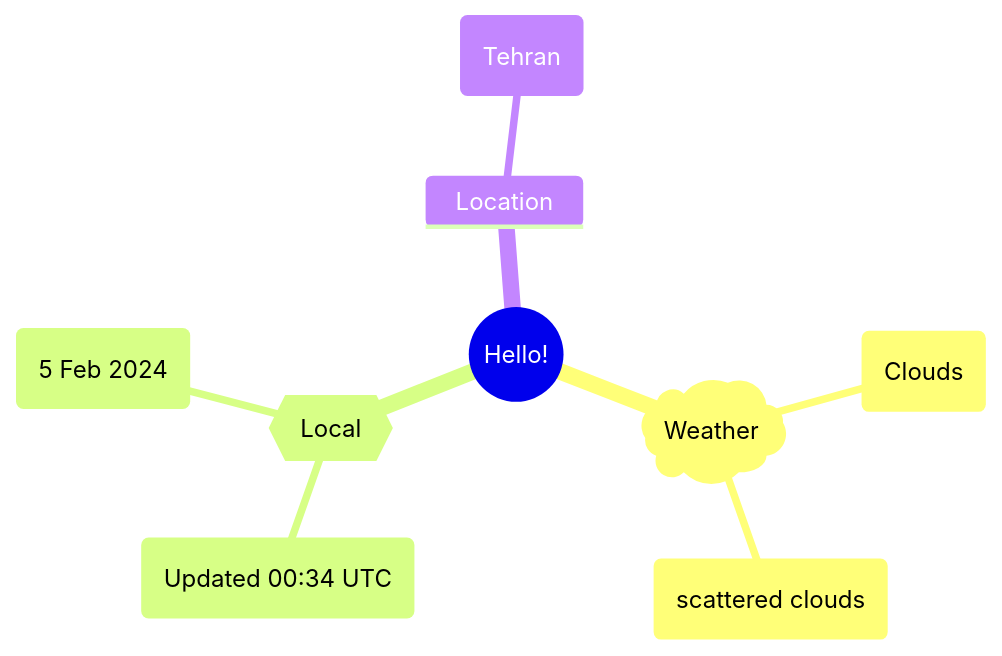
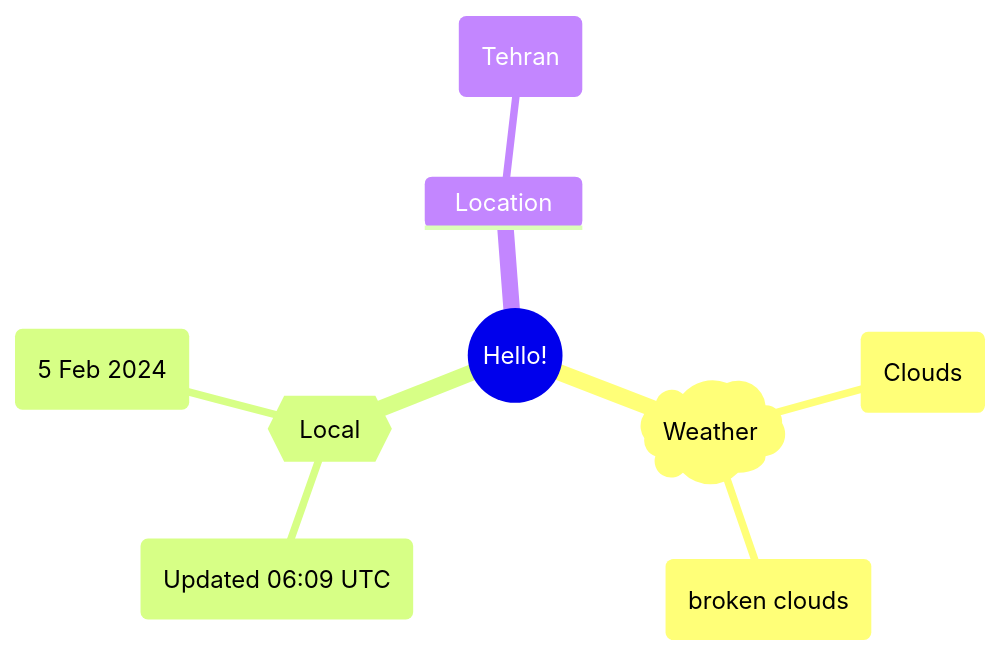
The first of 2 diagrams in README.md (Xosrov/Xosrov), drawn with Mermaid before and after one commit.

Commit message:
[bot] updated images

````diff
--- a/README.md
+++ b/README.md
@@ -3,12 +3,12 @@
 ```mermaid
 mindmap
   root((Hello!))
     )Weather(
         (Clouds)
-        (scattered clouds)
+        (broken clouds)
     {{Local}}
-        (Updated 00:34 UTC)
+        (Updated 06:09 UTC)
         (5 Feb 2024)
     Location
         (Tehran)
 ```
````
